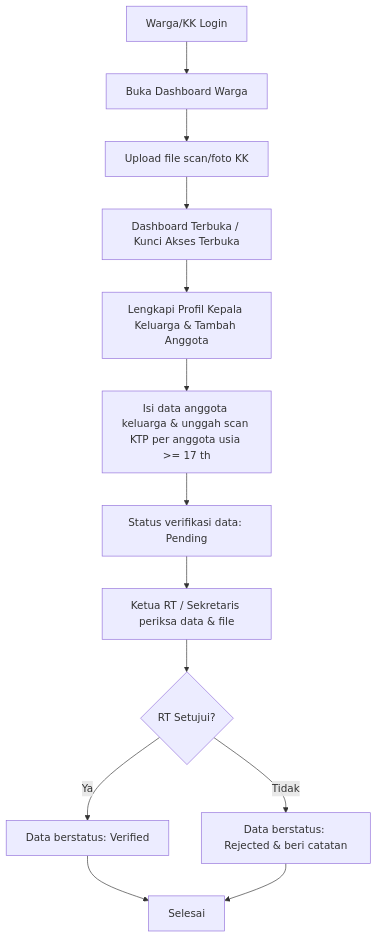
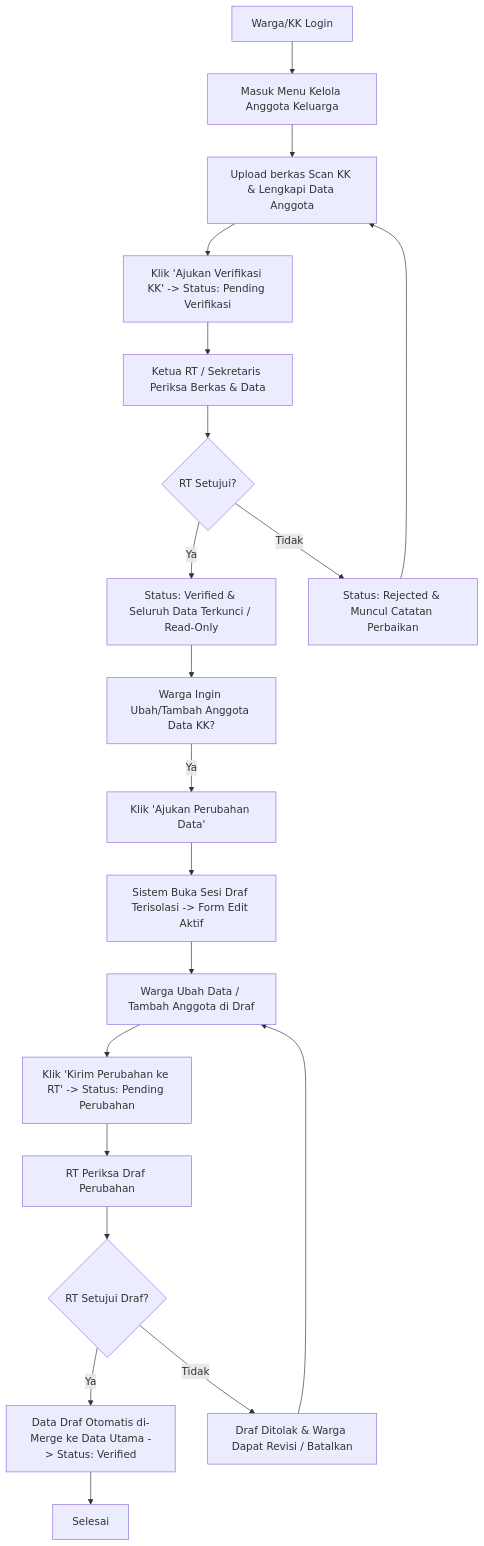
Before and after one commit to Araihan413/wargaku: the third of 5 diagrams in docs/roles/warga.md, drawn with Mermaid. The commit also changed other lines of this file and 24 other files, not shown here.

````diff
--- a/docs/roles/warga.md
+++ b/docs/roles/warga.md
@@ -162,15 +178,23 @@
 ```mermaid
 flowchart TD
-    A[Warga/KK Login] --> B[Buka Dashboard Warga]
-    B --> C[Upload file scan/foto KK]
-    C --> D[Dashboard Terbuka / Kunci Akses Terbuka]
-    D --> E[Lengkapi Profil Kepala Keluarga & Tambah Anggota]
-    E --> F[Isi data anggota keluarga & unggah scan KTP per anggota usia >= 17 th]
-    F --> G[Status verifikasi data: Pending]
-    G --> H[Ketua RT / Sekretaris periksa data & file]
-    H --> I{RT Setujui?}
-    I -->|Ya| J[Data berstatus: Verified]
-    I -->|Tidak| K[Data berstatus: Rejected & beri catatan]
-    J --> L[Selesai]
-    K --> L
+    A[Warga/KK Login] --> B[Masuk Menu Kelola Anggota Keluarga]
+    B --> C[Upload berkas Scan KK & Lengkapi Data Anggota]
+    C --> D[Klik 'Ajukan Verifikasi KK' -> Status: Pending Verifikasi]
+    D --> E[Ketua RT / Sekretaris Periksa Berkas & Data]
+    E --> F{RT Setujui?}
+    F -->|Ya| G[Status: Verified & Seluruh Data Terkunci / Read-Only]
+    F -->|Tidak| H[Status: Rejected & Muncul Catatan Perbaikan]
+    H --> C
+    
+    G --> I[Warga Ingin Ubah/Tambah Anggota Data KK?]
+    I -->|Ya| J[Klik 'Ajukan Perubahan Data']
+    J --> K[Sistem Buka Sesi Draf Terisolasi -> Form Edit Aktif]
+    K --> L[Warga Ubah Data / Tambah Anggota di Draf]
+    L --> M[Klik 'Kirim Perubahan ke RT' -> Status: Pending Perubahan]
+    M --> N[RT Periksa Draf Perubahan]
+    N --> O{RT Setujui Draf?}
+    O -->|Ya| P[Data Draf Otomatis di-Merge ke Data Utama -> Status: Verified]
+    O -->|Tidak| Q[Draf Ditolak & Warga Dapat Revisi / Batalkan]
+    P --> R[Selesai]
+    Q --> L
 ```
````
